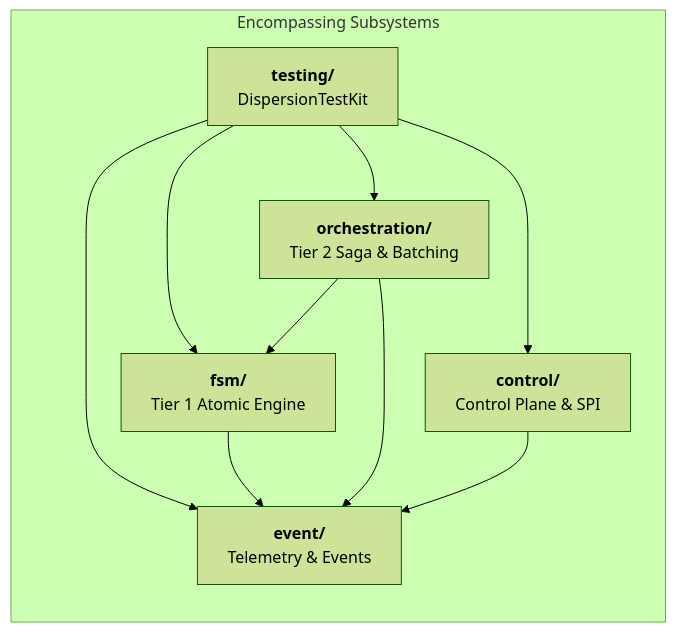
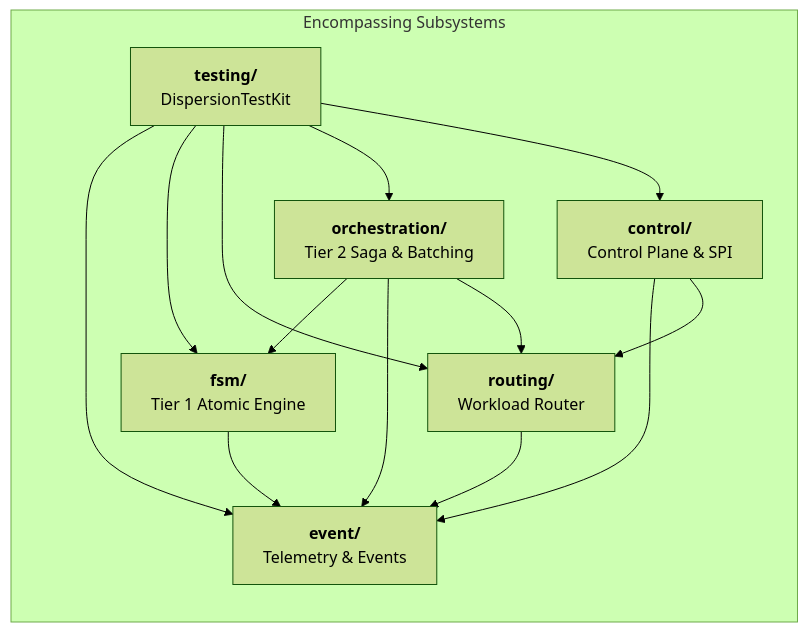
One commit to f442y/dispersion changed the second of 2 diagrams in README.md. Above: the diagram before and after it, drawn with Mermaid (forest theme). The commit also changed other lines of this file and 64 other files, not shown here.

First line of the commit message:
feat(routing): add unified location-agnostic workload routing and orchestration

````diff
--- a/README.md
+++ b/README.md
@@ -341,15 +353,17 @@
 ```mermaid
 graph LR
     subgraph Subsystems["Encompassing Subsystems"]
         E["<b>event/</b><br/>Telemetry & Events"]
         F["<b>fsm/</b><br/>Tier 1 Atomic Engine"]
+        R["<b>routing/</b><br/>Workload Router"]
         O["<b>orchestration/</b><br/>Tier 2 Saga & Batching"]
         C["<b>control/</b><br/>Control Plane & SPI"]
         T["<b>testing/</b><br/>DispersionTestKit"]
     end
 
     F --> E
-    O --> F & E
-    C --> E
-    T --> E & F & O & C
+    R --> E
+    O --> F & E & R
+    C --> E & R
+    T --> E & F & R & O & C
 ```
````
